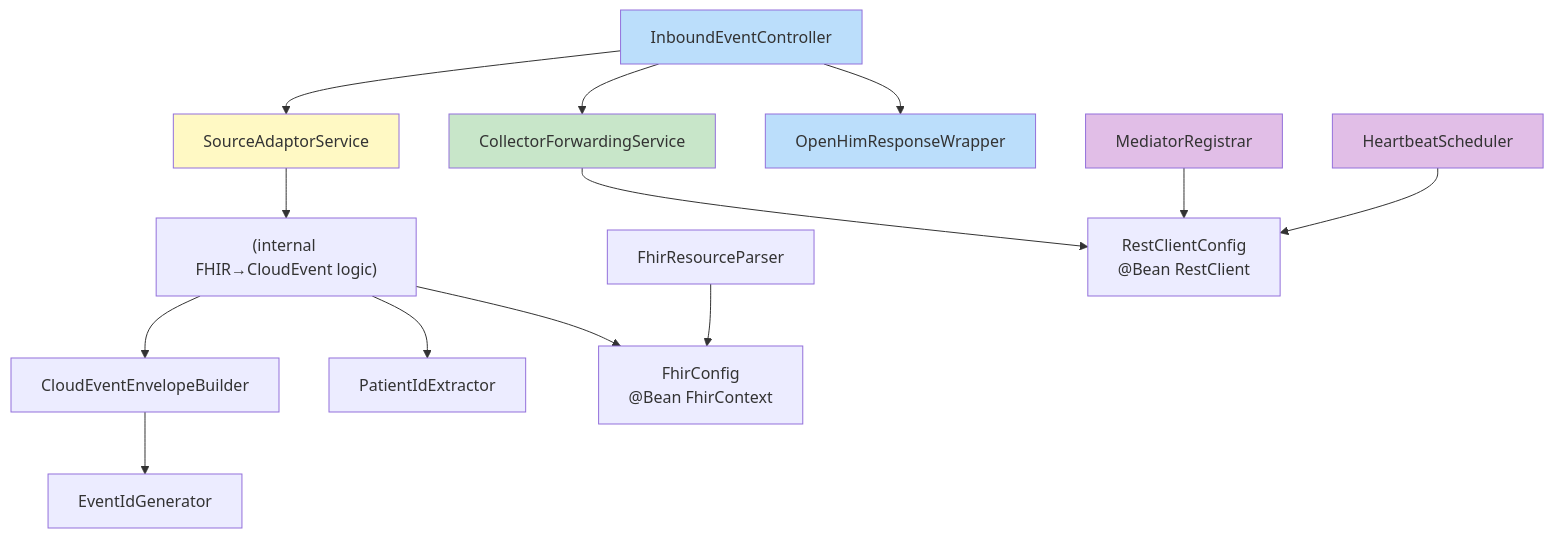
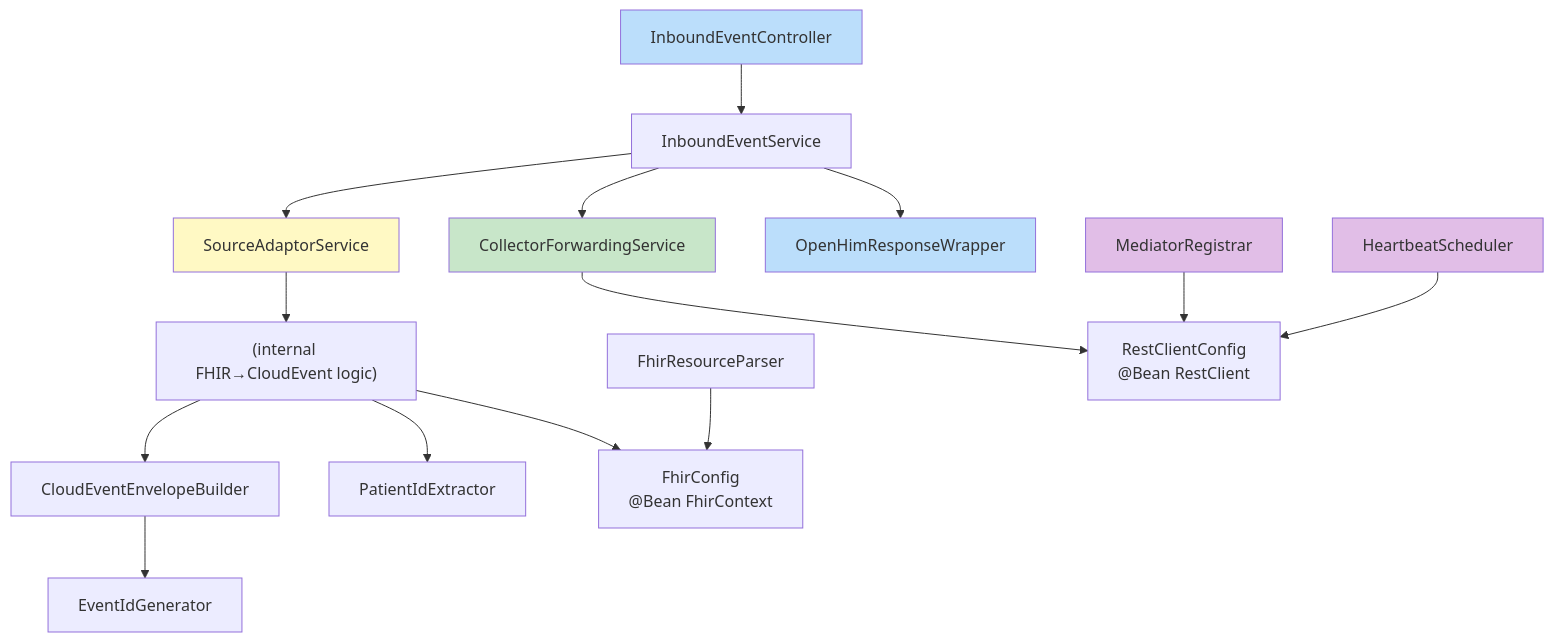
One commit to Jayaprakash8887/openhim-cce-emitter-adaptor changed the seventh of 8 diagrams in docs/flow-diagrams.md. Above: the diagram before and after it, drawn with Mermaid. The commit also changed other lines of this file and 2 other files, not shown here.

````diff
--- a/docs/flow-diagrams.md
+++ b/docs/flow-diagrams.md
@@ -228,45 +235,48 @@
 ```mermaid
 flowchart TD
     CTRL[InboundEventController]
+    EVTSVC[InboundEventService]
     REG[SourceAdaptorService]
     FWD[CollectorForwardingService]
     WRAP[OpenHimResponseWrapper]
 
     SA_ABS["(internal FHIR→CloudEvent logic)"]
 
     CE[CloudEventEnvelopeBuilder]
     PIE[PatientIdExtractor]
     FRP[FhirResourceParser]
     IDG[EventIdGenerator]
 
     REG_HB[MediatorRegistrar]
     HB[HeartbeatScheduler]
 
     FC["FhirConfig<br/>@Bean FhirContext"]
     RC["RestClientConfig<br/>@Bean RestClient"]
 
-    CTRL --> REG
-    CTRL --> FWD
-    CTRL --> WRAP
+    CTRL --> EVTSVC
+
+    EVTSVC --> REG
+    EVTSVC --> FWD
+    EVTSVC --> WRAP
 
     REG --> SA_ABS
 
     SA_ABS --> CE
     SA_ABS --> PIE
 
     CE --> IDG
 
     FWD --> RC
     REG_HB --> RC
     HB --> RC
 
     SA_ABS --> FC
     FRP --> FC
 
     style CTRL fill:#bbdefb
     style WRAP fill:#bbdefb
     style FWD fill:#c8e6c9
     style REG fill:#fff9c4
     style REG_HB fill:#e1bee7
     style HB fill:#e1bee7
 ```
````
